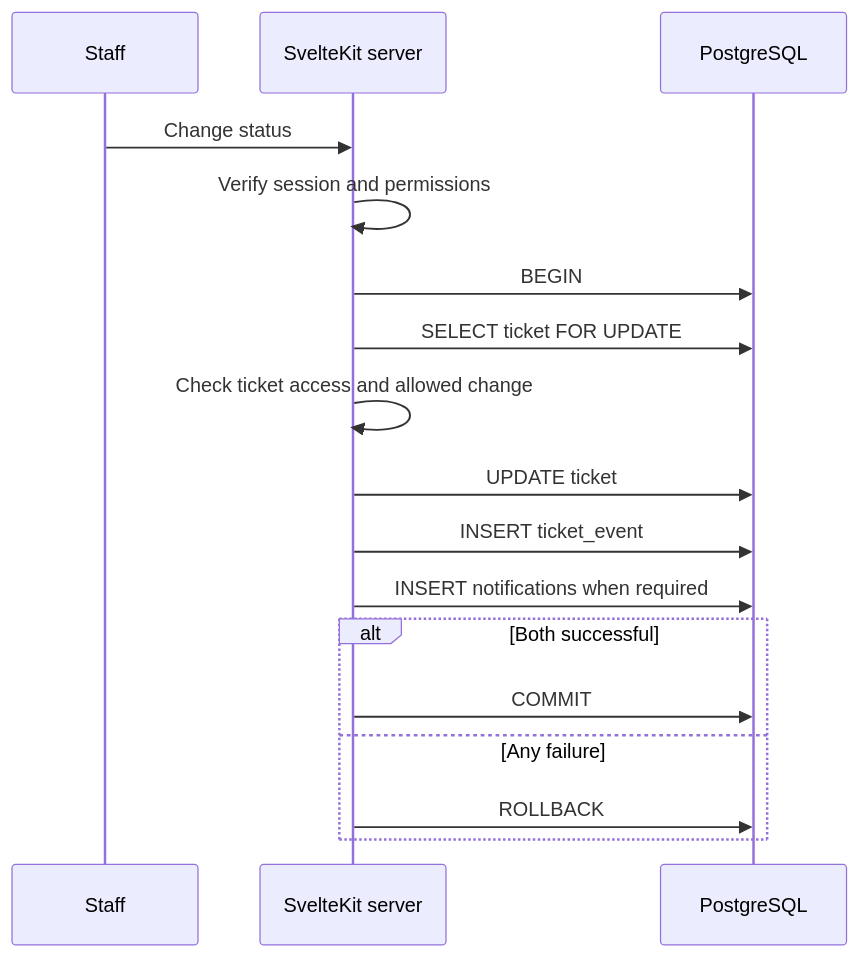
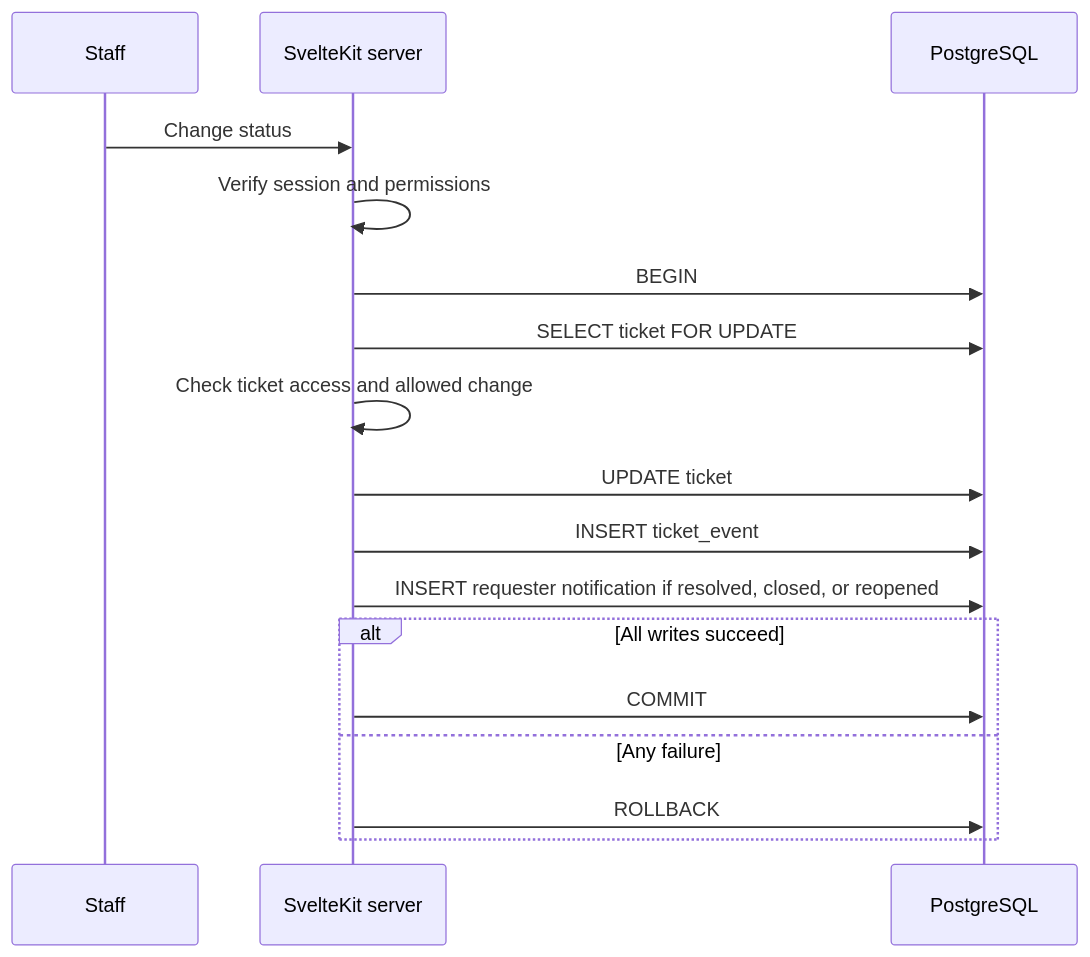
The diagram in docs/diagrams/status-update-transaction.mmd (Mystery2099/capstone-ticket-system), drawn with Mermaid before and after one commit. The commit also changed 4 other files, not shown here.

First line of the commit message:
docs(diagrams): align diagrams with current auth and ticket flows

```diff
--- a/docs/diagrams/status-update-transaction.mmd
+++ b/docs/diagrams/status-update-transaction.mmd
@@ -1,17 +1,17 @@
 sequenceDiagram
  participant Staff
  participant Server as SvelteKit server
  participant DB as PostgreSQL
  Staff->>Server: Change status
  Server->>Server: Verify session and permissions
  Server->>DB: BEGIN
  Server->>DB: SELECT ticket FOR UPDATE
  Server->>Server: Check ticket access and allowed change
  Server->>DB: UPDATE ticket
  Server->>DB: INSERT ticket_event
- Server->>DB: INSERT notifications when required
- alt Both successful
+ Server->>DB: INSERT requester notification if resolved, closed, or reopened
+ alt All writes succeed
   Server->>DB: COMMIT
  else Any failure
   Server->>DB: ROLLBACK
  end
```
